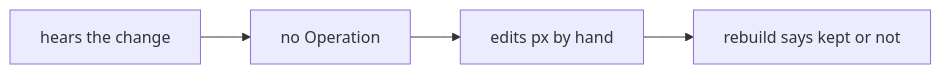
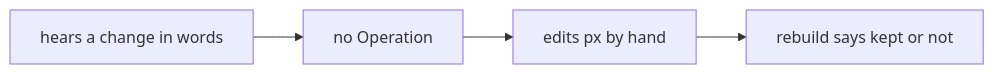
Before and after one commit to xmejkal/spark: the second of 3 diagrams in docs/discovery/2026-11-26-p1199-layout-core/jobs-and-journeys.md, drawn with Mermaid. The commit also changed other lines of this file and 4 other files, not shown here.

Commit message:
P1199 discovery: three lens reports (PO assistant, user, architecture), the pre-analysis and the journeys corrected by them

````diff
--- a/docs/discovery/2026-11-26-p1199-layout-core/jobs-and-journeys.md
+++ b/docs/discovery/2026-11-26-p1199-layout-core/jobs-and-journeys.md
@@ -62,4 +64,4 @@
 ```mermaid
 flowchart LR
-  c1["hears the change"] --> c2["no Operation"] --> c3["edits px by hand"] --> c4["rebuild says kept or not"]
+  c1["hears a change in words"] --> c2["no Operation"] --> c3["edits px by hand"] --> c4["rebuild says kept or not"]
 ```
````
